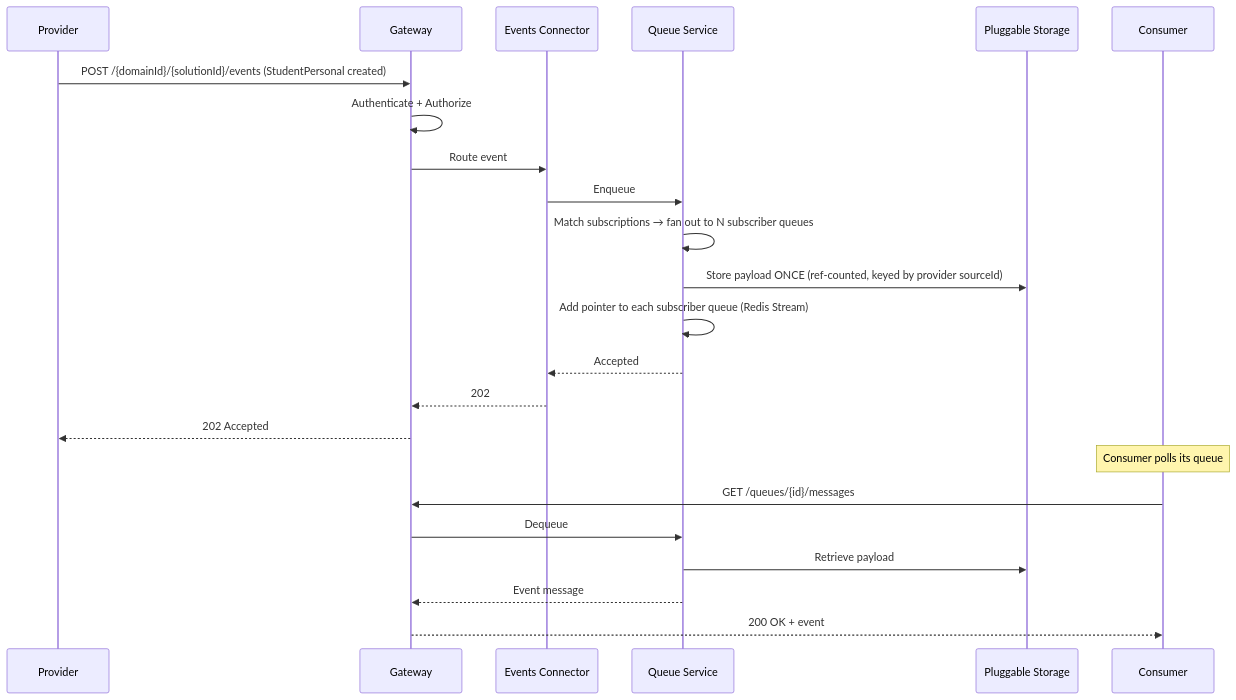
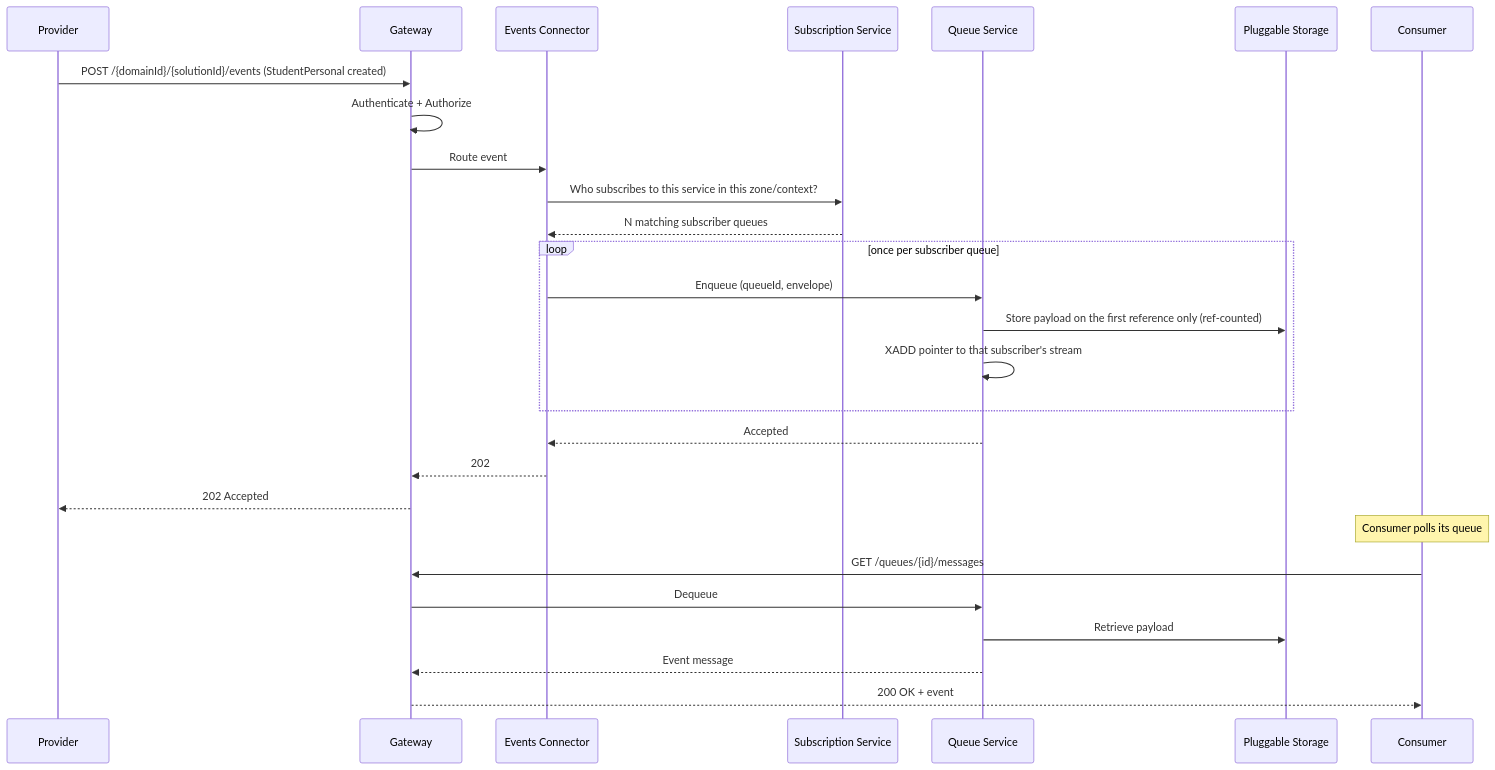
Before and after one commit to Access4Learning/OSDB: the third of 4 diagrams in docs/architecture/SYSTEM-ARCHITECTURE-OVERVIEW.md, drawn with Mermaid. The commit also changed other lines of this file and 2 other files, not shown here.

Commit message:
docs(architecture): sync spotlights and overview with the implementation

````diff
--- a/docs/architecture/SYSTEM-ARCHITECTURE-OVERVIEW.md
+++ b/docs/architecture/SYSTEM-ARCHITECTURE-OVERVIEW.md
@@ -160,27 +168,31 @@
 ```mermaid
 sequenceDiagram
     participant Provider
     participant Gateway
     participant Events as Events Connector
+    participant Subs as Subscription Service
     participant Queue as Queue Service
     participant Storage as Pluggable Storage
     participant Consumer
 
     Provider->>Gateway: POST /{domainId}/{solutionId}/events (StudentPersonal created)
     Gateway->>Gateway: Authenticate + Authorize
     Gateway->>Events: Route event
-    Events->>Queue: Enqueue
-    Queue->>Queue: Match subscriptions → fan out to N subscriber queues
-    Queue->>Storage: Store payload ONCE (ref-counted, keyed by provider sourceId)
-    Queue->>Queue: Add pointer to each subscriber queue (Redis Stream)
+    Events->>Subs: Who subscribes to this service in this zone/context?
+    Subs-->>Events: N matching subscriber queues
+    loop once per subscriber queue
+        Events->>Queue: Enqueue (queueId, envelope)
+        Queue->>Storage: Store payload on the first reference only (ref-counted)
+        Queue->>Queue: XADD pointer to that subscriber's stream
+    end
     Queue-->>Events: Accepted
     Events-->>Gateway: 202
     Gateway-->>Provider: 202 Accepted
 
     Note over Consumer: Consumer polls its queue
     Consumer->>Gateway: GET /queues/{id}/messages
     Gateway->>Queue: Dequeue
     Queue->>Storage: Retrieve payload
     Queue-->>Gateway: Event message
     Gateway-->>Consumer: 200 OK + event
 ```
````
